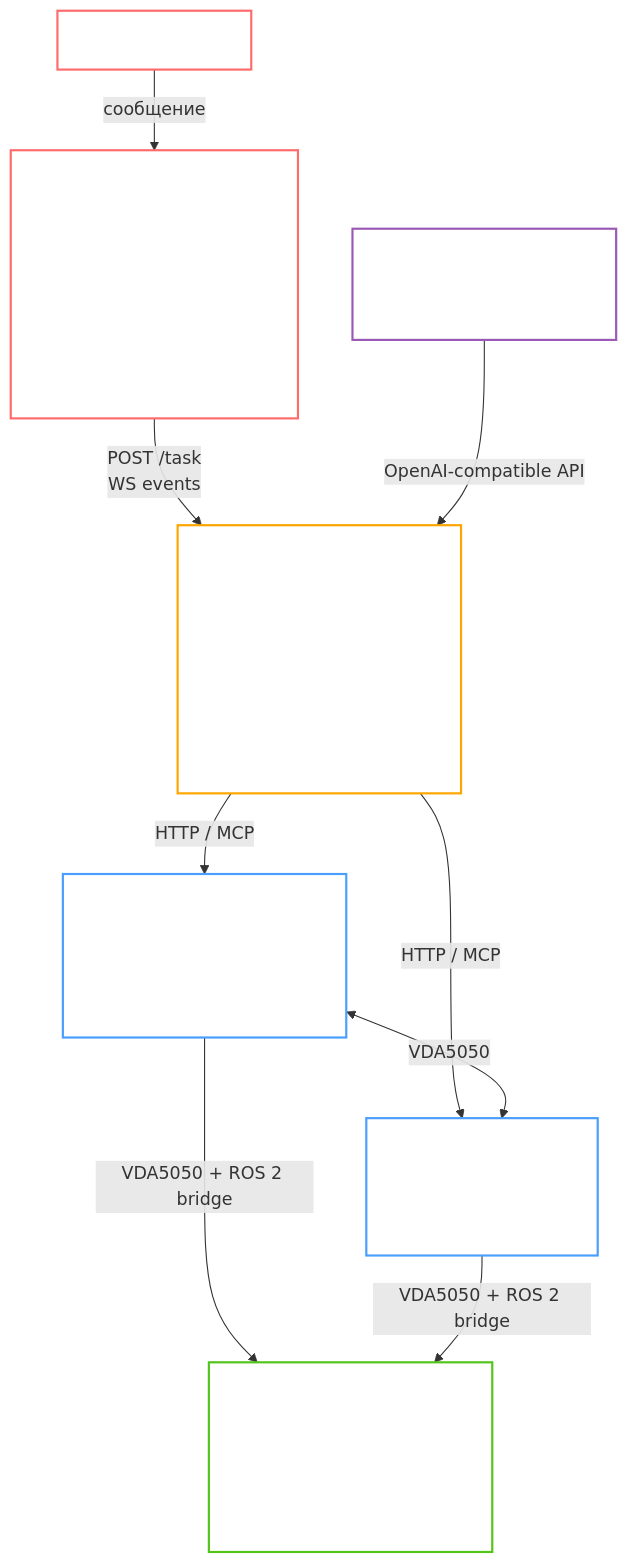
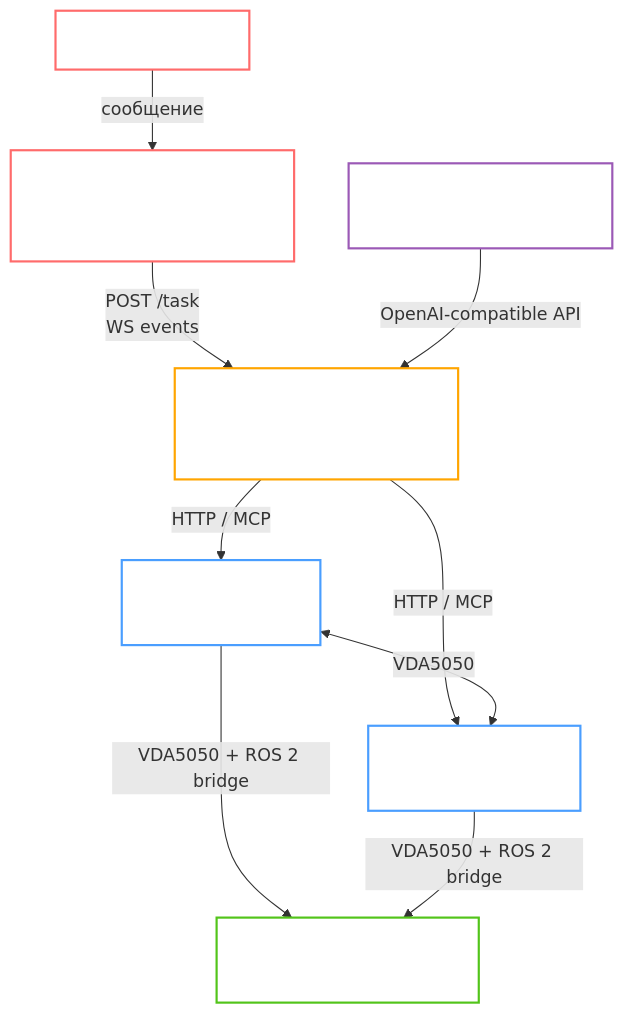
The diagram in README.md (deneal123/AgentsSwarm), drawn with Mermaid before and after one commit.

````diff
--- a/README.md
+++ b/README.md
@@ -30,27 +30,27 @@
 ```mermaid
 graph TB
     User["Пользователь"]
-    Interface["Interface\nReact + FastAPI + Celery + RabbitMQ\nЧат · WebSearch · DeepResearch · ImageGen · PptxGen\nУправление роем через SwarmOrchestratorAgent"]
-    Orchestrator["Orchestrator\nFastAPI + OpenAI Agents SDK\nPlanner → Router → 9 специализированных агентов\nMCP: mission-control · mission-dispatch · ros-msp"]
-    MissionControl["Mission Control\n(форк NVIDIA)\nГраф карты, планирование\nBehavior Trees, cuOpt"]
-    MissionDispatch["Mission Dispatch\n(форк NVIDIA)\nОчередь миссий\nMQTT · PostgreSQL"]
-    IsaacSim["NVIDIA Isaac Sim\nheadless · Web Viewer\nROS 2 Jazzy · isaac_ros_mission_client\nVDA5050 client · rosbridge WebSocket"]
-    vLLM["vLLM Service\nData Parallel · 2×V100\nQwen2.5-Instruct"]
+    Interface["Interface\nReact + FastAPI + Celery + RabbitMQ"]
+    Orchestrator["Orchestrator\nFastAPI + OpenAI Agents SDK"]
+    MissionControl["Mission Control\n(форк NVIDIA)"]
+    MissionDispatch["Mission Dispatch\n(форк NVIDIA)"]
+    IsaacSim["NVIDIA Isaac Sim\nheadless · Web Viewer"]
+    vLLM["vLLM Service\nData Parallel · 2×V100"]
 
     User -->|"сообщение"| Interface
     Interface -->|"POST /task\nWS events"| Orchestrator
     Orchestrator -->|"HTTP / MCP"| MissionControl
     Orchestrator -->|"HTTP / MCP"| MissionDispatch
     MissionControl <-->|"VDA5050"| MissionDispatch
     MissionControl -->|"VDA5050 + ROS 2 bridge"| IsaacSim
     MissionDispatch -->|"VDA5050 + ROS 2 bridge"| IsaacSim
     vLLM -->|"OpenAI-compatible API"| Orchestrator
 
     style User fill:none,stroke:#ff6b6b,stroke-width:2px,color:#fff
     style Interface fill:none,stroke:#ff6b6b,stroke-width:2px,color:#fff
     style Orchestrator fill:none,stroke:#ffa500,stroke-width:2px,color:#fff
     style MissionControl fill:none,stroke:#4a9eff,stroke-width:2px,color:#fff
     style MissionDispatch fill:none,stroke:#4a9eff,stroke-width:2px,color:#fff
     style IsaacSim fill:none,stroke:#52c41a,stroke-width:2px,color:#fff
     style vLLM fill:none,stroke:#9b59b6,stroke-width:2px,color:#fff
 ```
````
